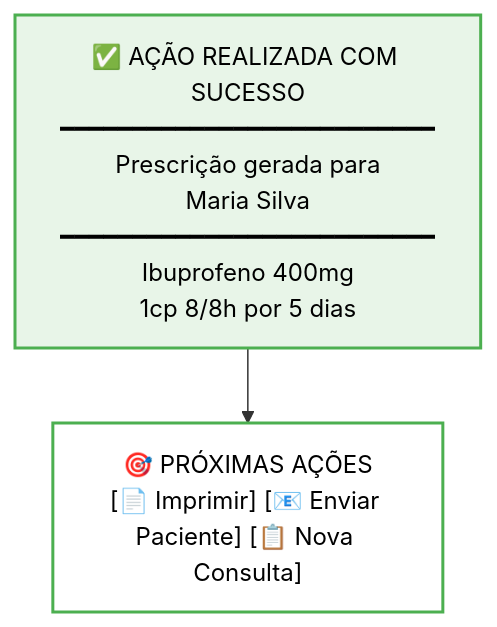
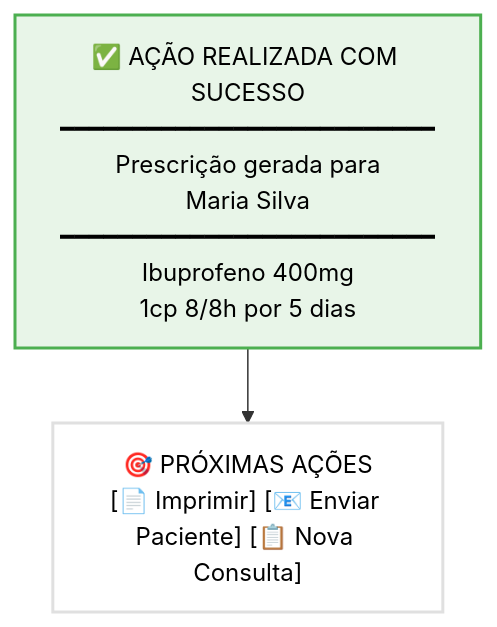
Before and after one commit to brunovlucena/prontuario: diagram 12 of 15 in DESIGN.md, drawn with Mermaid. The commit also changed other lines of this file, not shown here.

````diff
--- a/DESIGN.md
+++ b/DESIGN.md
@@ -220,11 +246,11 @@
 ```mermaid
 flowchart TD
     SuccessState["✅ AÇÃO REALIZADA COM SUCESSO<br/>━━━━━━━━━━━━━━━━━━━━━━━━━━<br/>Prescrição gerada para<br/>Maria Silva<br/>━━━━━━━━━━━━━━━━━━━━━━━━━━<br/>Ibuprofeno 400mg<br/>1cp 8/8h por 5 dias"]
     
     SuccessActions["🎯 PRÓXIMAS AÇÕES<br/>[📄 Imprimir] [📧 Enviar Paciente] [📋 Nova Consulta]"]
 
     SuccessState --> SuccessActions
 
     style SuccessState fill:#E8F5E8,stroke:#4CAF50,stroke-width:2px,color:#000
-    style SuccessActions fill:#FFFFFF,stroke:#4CAF50,stroke-width:2px,color:#000
+    style SuccessActions fill:#FFFFFF,stroke:#E0E0E0,stroke-width:2px,color:#000
 ```
````
